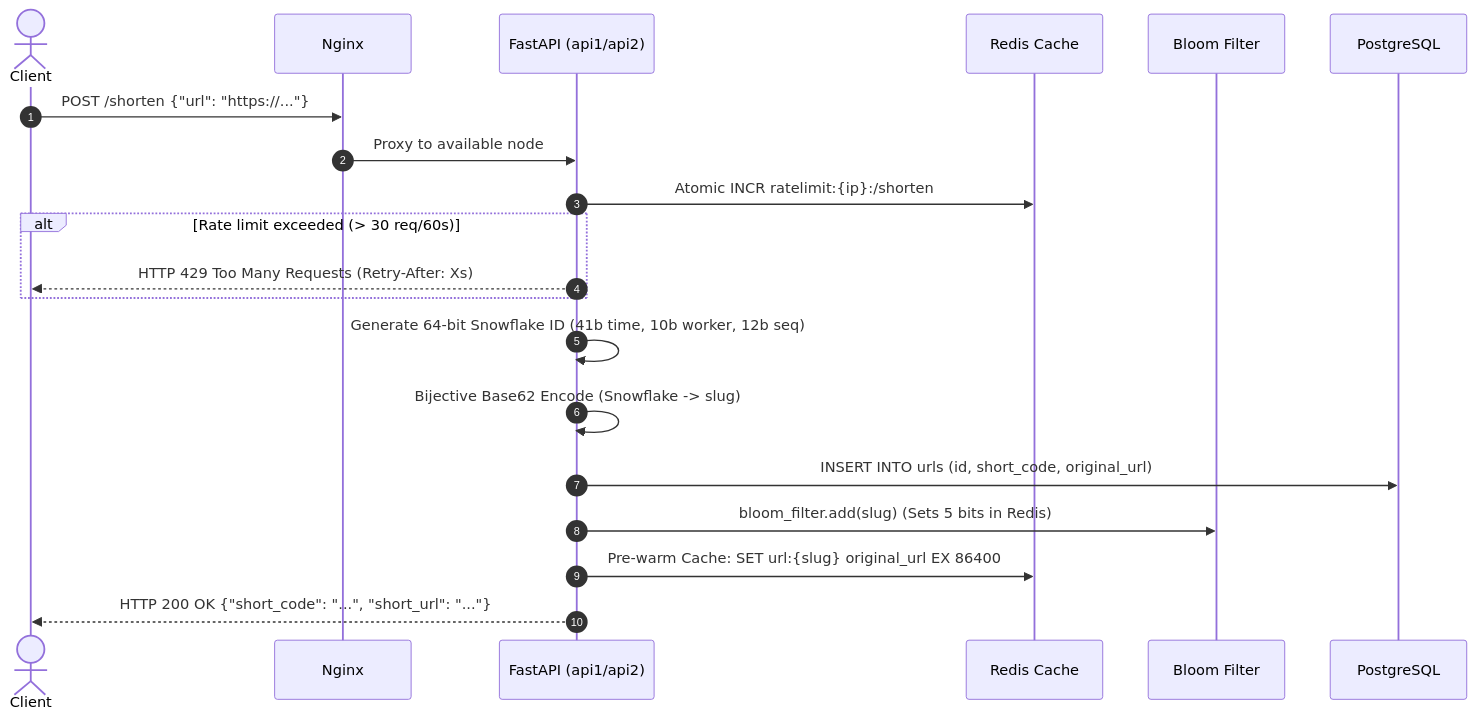
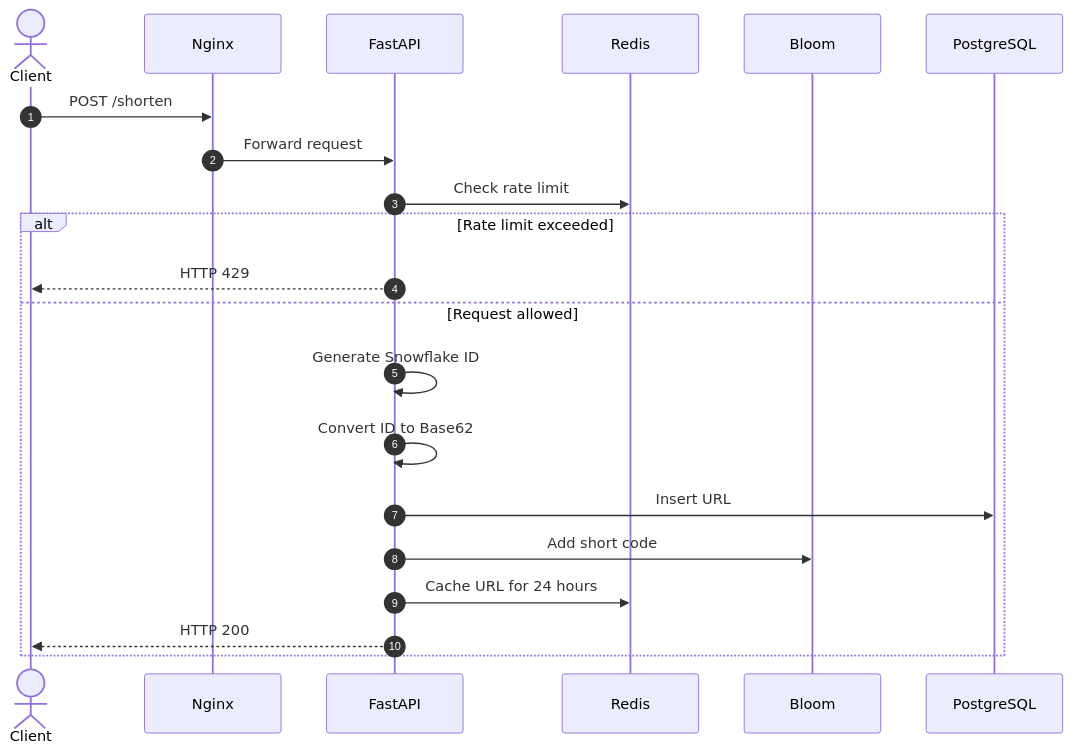
Before and after one commit to uniquesht1/url-shortner: the second of 4 diagrams in README.md, drawn with Mermaid. The commit also changed other lines of this file, not shown here.

````diff
--- a/README.md
+++ b/README.md
@@ -86,23 +95,25 @@
 ```mermaid
 sequenceDiagram
     autonumber
     actor Client
     participant Nginx
-    participant API as FastAPI (api1/api2)
-    participant Redis as Redis Cache
-    participant Bloom as Bloom Filter
+    participant API as FastAPI
+    participant Redis
+    participant Bloom
     participant DB as PostgreSQL
 
-    Client->>Nginx: POST /shorten {"url": "https://..."}
-    Nginx->>API: Proxy to available node
-    API->>Redis: Atomic INCR ratelimit:{ip}:/shorten
-    alt Rate limit exceeded (> 30 req/60s)
-        API-->>Client: HTTP 429 Too Many Requests (Retry-After: Xs)
+    Client->>Nginx: POST /shorten
+    Nginx->>API: Forward request
+    API->>Redis: Check rate limit
+
+    alt Rate limit exceeded
+        API-->>Client: HTTP 429
+    else Request allowed
+        API->>API: Generate Snowflake ID
+        API->>API: Convert ID to Base62
+        API->>DB: Insert URL
+        API->>Bloom: Add short code
+        API->>Redis: Cache URL for 24 hours
+        API-->>Client: HTTP 200
     end
-    API->>API: Generate 64-bit Snowflake ID (41b time, 10b worker, 12b seq)
-    API->>API: Bijective Base62 Encode (Snowflake -> slug)
-    API->>DB: INSERT INTO urls (id, short_code, original_url)
-    API->>Bloom: bloom_filter.add(slug) (Sets 5 bits in Redis)
-    API->>Redis: Pre-warm Cache: SET url:{slug} original_url EX 86400
-    API-->>Client: HTTP 200 OK {"short_code": "...", "short_url": "..."}
 ```
````
